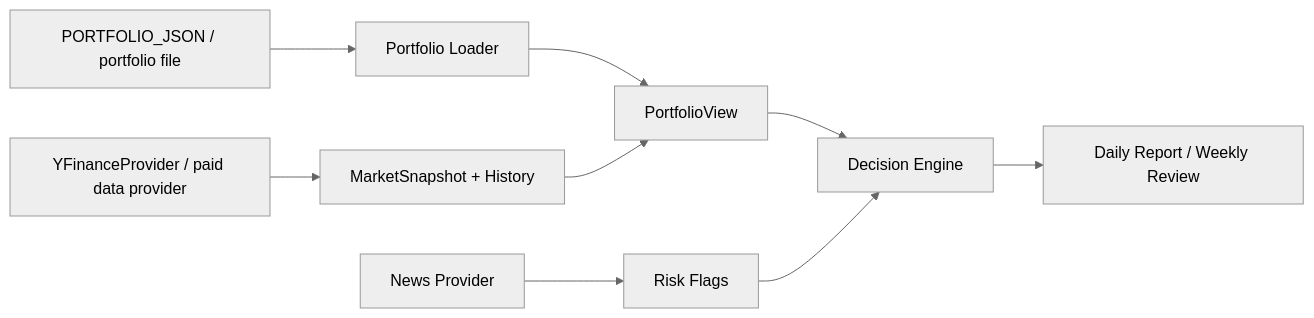
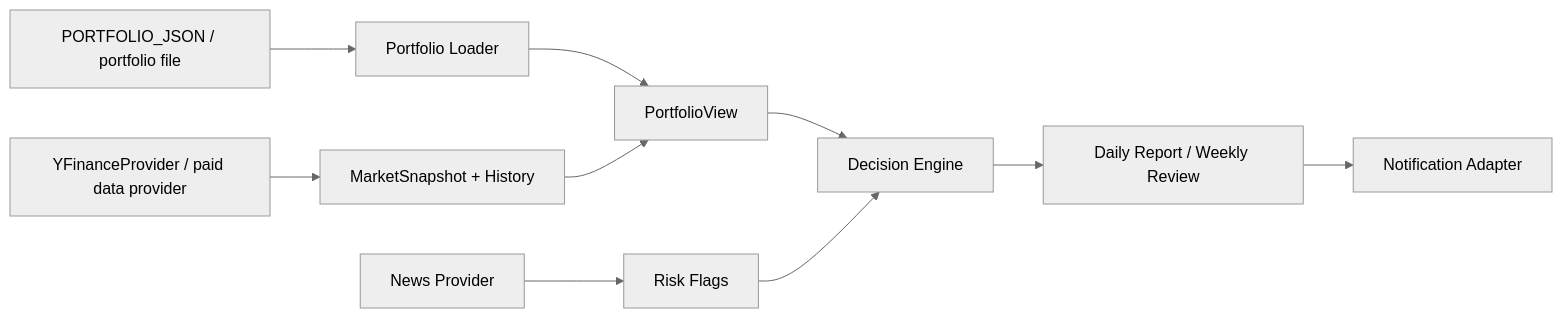
Before and after one commit to TRUSOGEN/Stock-EGON: the second of 2 diagrams in docs/principle.md, drawn with Mermaid (neutral theme). The commit also changed other lines of this file and 8 other files, not shown here.

````diff
--- a/docs/principle.md
+++ b/docs/principle.md
@@ -24,11 +24,12 @@
 ```mermaid
 flowchart LR
     A["PORTFOLIO_JSON / portfolio file"] --> B["Portfolio Loader"]
     C["YFinanceProvider / paid data provider"] --> D["MarketSnapshot + History"]
     E["News Provider"] --> F["Risk Flags"]
     B --> G["PortfolioView"]
     D --> G
     G --> H["Decision Engine"]
     F --> H
     H --> I["Daily Report / Weekly Review"]
+    I --> J["Notification Adapter"]
 ```
````
